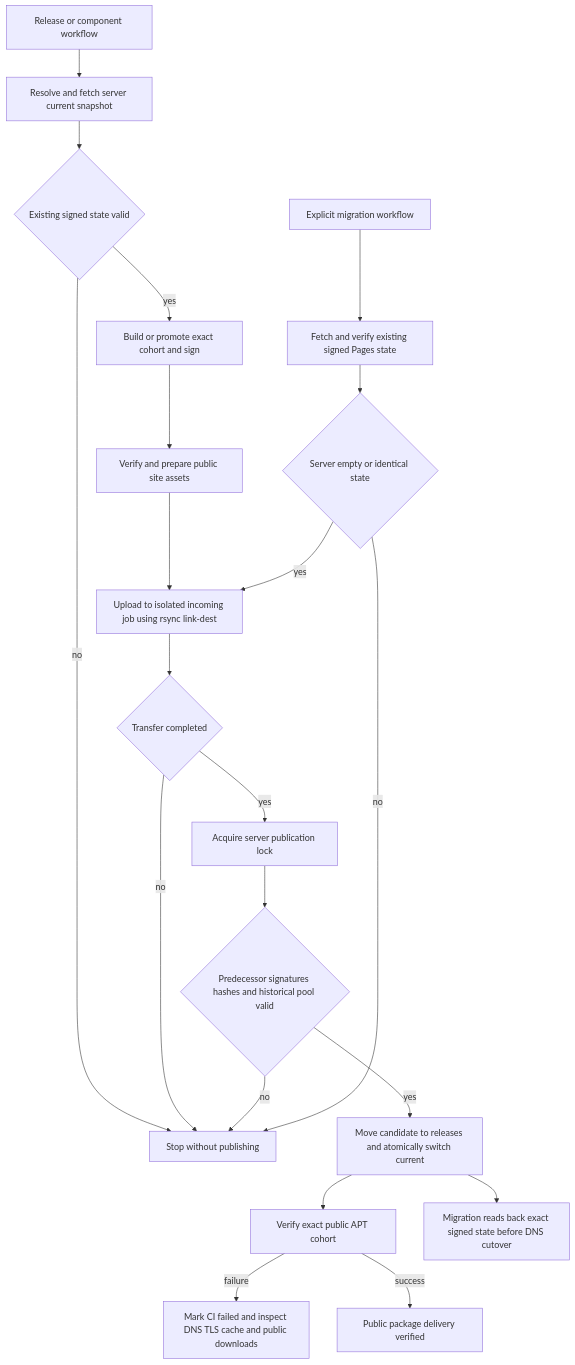
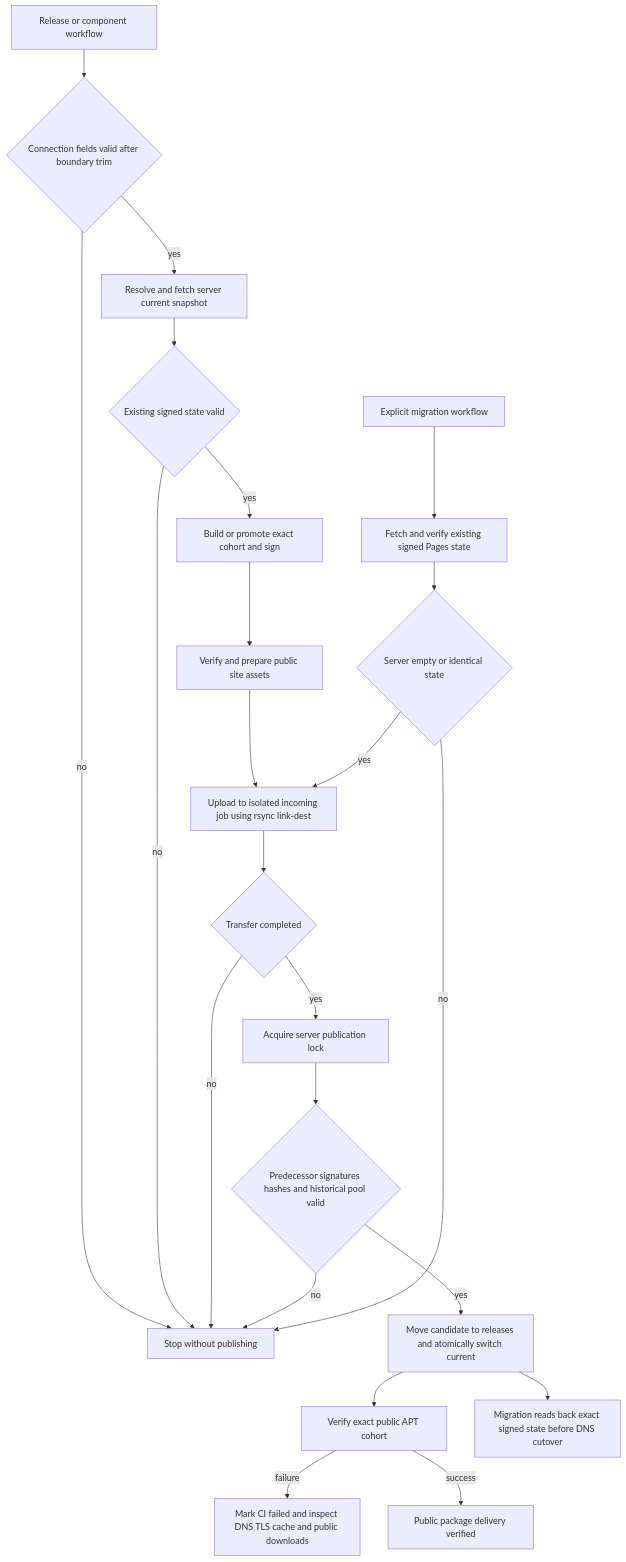
The diagram in docs/change-records/CR-2026-10-15-direct-ssh-apt-publication.md (dshanpi/dshanpi-build), drawn with Mermaid before and after one commit. The commit also changed other lines of this file and 1 other file, not shown here.

````diff
--- a/docs/change-records/CR-2026-10-15-direct-ssh-apt-publication.md
+++ b/docs/change-records/CR-2026-10-15-direct-ssh-apt-publication.md
@@ -52,23 +59,25 @@
 ```mermaid
 flowchart TD
-  A[Release or component workflow] --> B[Resolve and fetch server current snapshot]
+  A[Release or component workflow] --> S{Connection fields valid after boundary trim}
+  S -->|no| X[Stop without publishing]
+  S -->|yes| B[Resolve and fetch server current snapshot]
   B --> C{Existing signed state valid}
-  C -->|no| X[Stop without publishing]
+  C -->|no| X
   C -->|yes| D[Build or promote exact cohort and sign]
   D --> E[Verify and prepare public site assets]
   E --> F[Upload to isolated incoming job using rsync link-dest]
   F --> G{Transfer completed}
   G -->|no| X
   G -->|yes| H[Acquire server publication lock]
   H --> I{Predecessor signatures hashes and historical pool valid}
   I -->|no| X
   I -->|yes| J[Move candidate to releases and atomically switch current]
   J --> K[Verify exact public APT cohort]
   K -->|failure| L[Mark CI failed and inspect DNS TLS cache and public downloads]
   K -->|success| M[Public package delivery verified]
   N[Explicit migration workflow] --> O[Fetch and verify existing signed Pages state]
   O --> P{Server empty or identical state}
   P -->|no| X
   P -->|yes| F
   J --> Q[Migration reads back exact signed state before DNS cutover]
 ```
````
